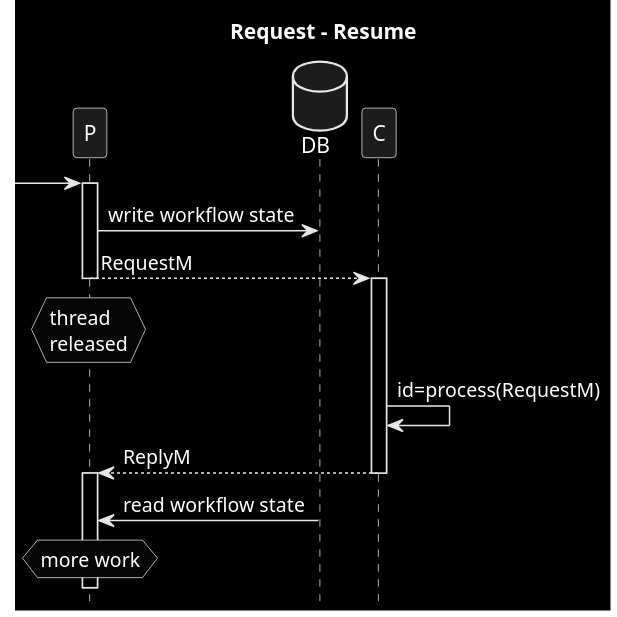
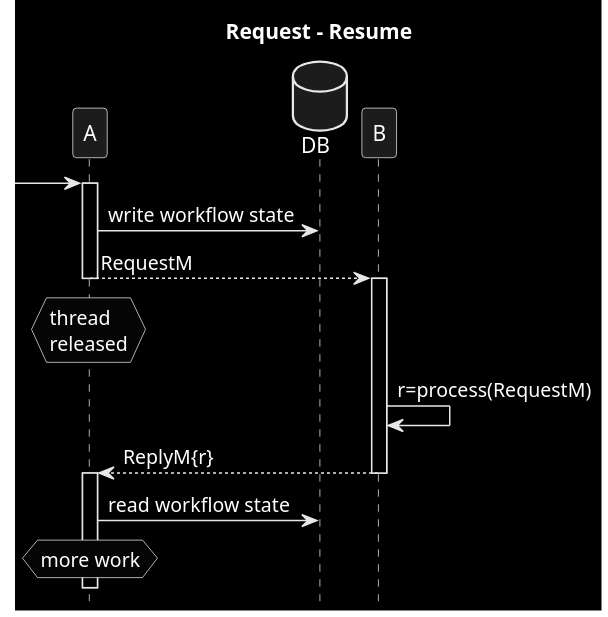
The diagram in patterns/4_request_reply_1_async.puml (victorrentea/kafka), drawn with PlantUML before and after one commit. The commit also changed other lines of this file and 47 other files, not shown here.

```diff
--- a/patterns/4_request_reply_1_async.puml
+++ b/patterns/4_request_reply_1_async.puml
@@ -1,21 +1,21 @@
 @startuml
 title Request - Resume
 hide footbox
 skinparam monochrome reverse
 database DB order 9
-participant C order 10
+participant B order 10
 
-->P
-activate P
-P->DB: write workflow state
-P-->C: RequestM
-deactivate P
-hnote over P: thread\nreleased
-activate C
-C->C: id=process(RequestM)
-C-->P: ReplyM
-deactivate C
-activate P
-P<-DB: read workflow state
-hnote over P: more work
+->A
+activate A
+A->DB: write workflow state
+A-->B: RequestM
+deactivate A
+hnote over A: thread\nreleased
+activate B
+B->B: r=process(RequestM)
+B-->A: ReplyM{r}
+deactivate B
+activate A
+A->DB: read workflow state
+hnote over A: more work
 @enduml
```
